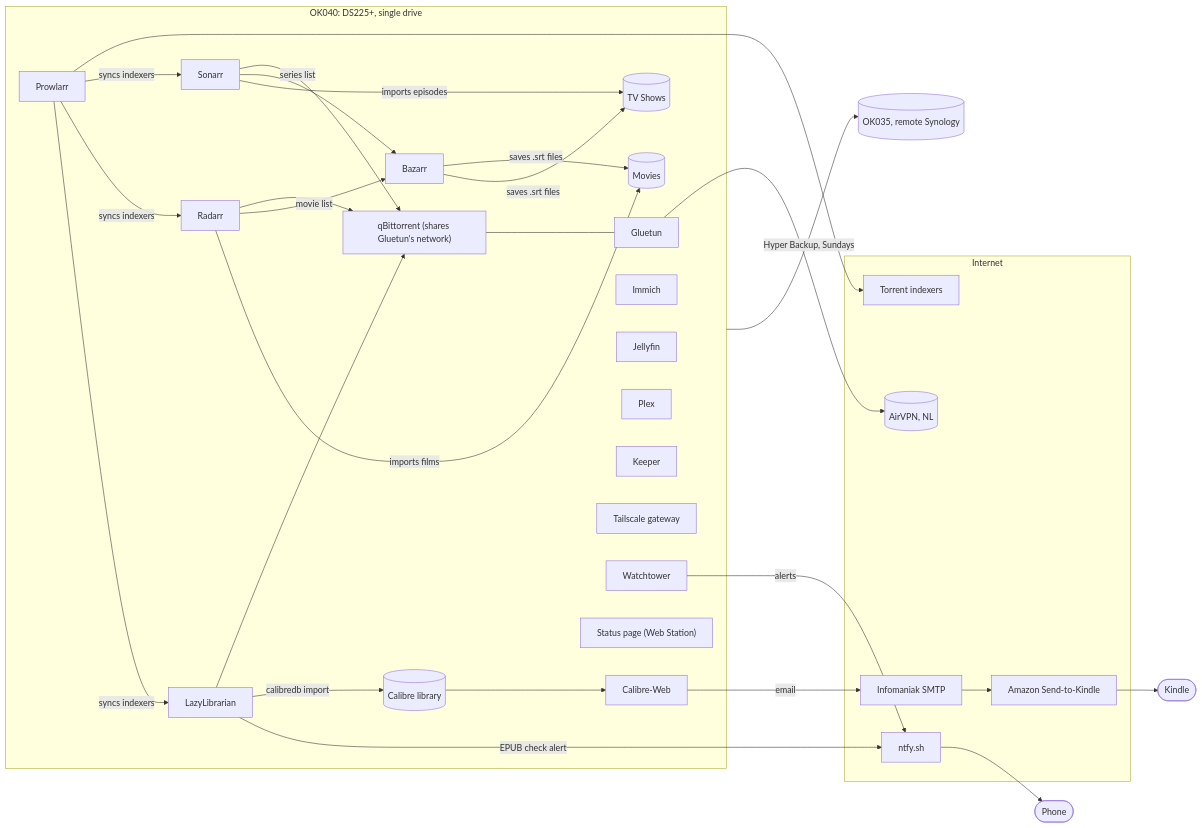
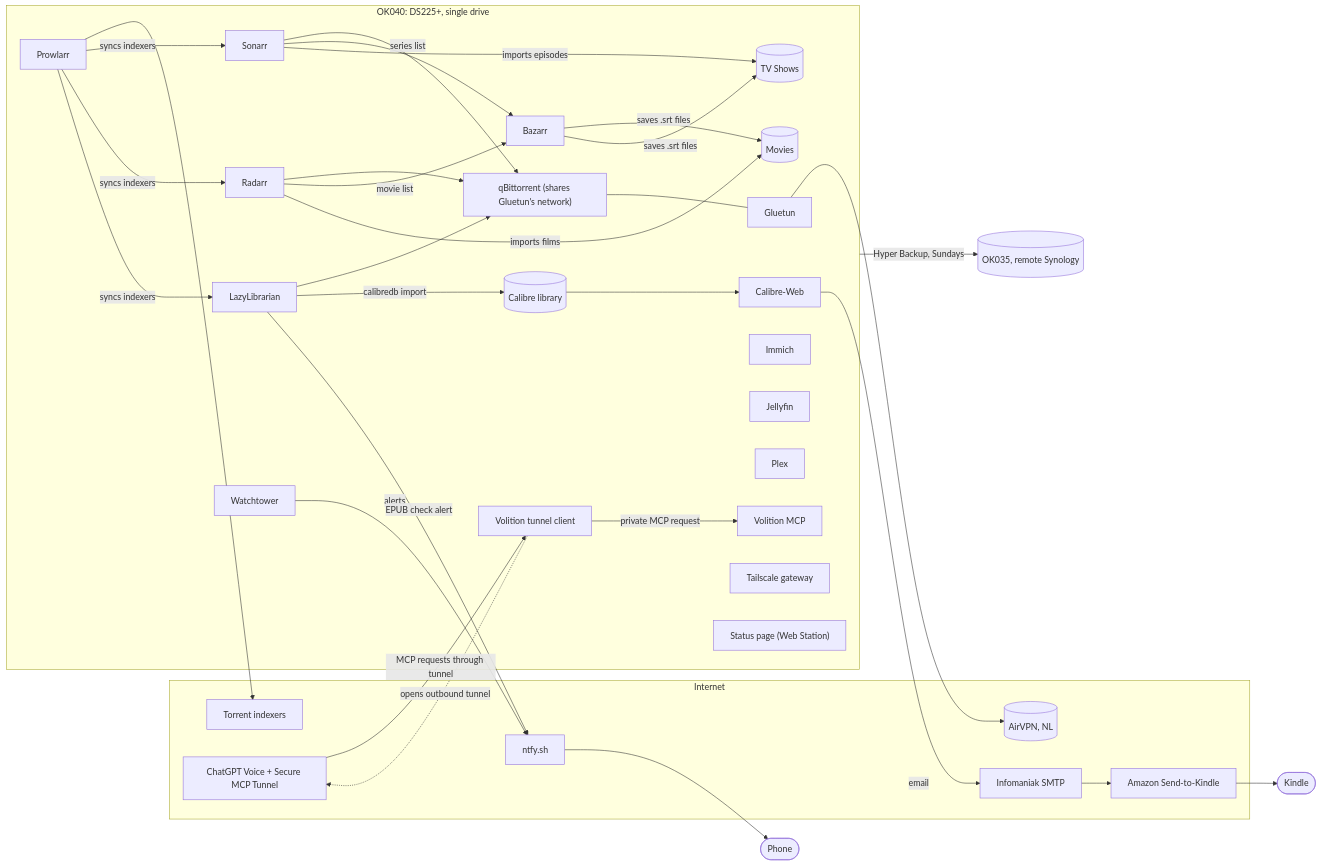
One commit to okkie2/infrastructure changed the diagram in README.md. Above: the diagram before and after it, drawn with Mermaid. The commit also changed other lines of this file and 11 other files, not shown here.

````diff
--- a/README.md
+++ b/README.md
@@ -9,40 +9,45 @@
 ```mermaid
 flowchart LR
   subgraph Internet
     AirVPN[("AirVPN, NL")]
     Indexers["Torrent indexers"]
     Infomaniak["Infomaniak SMTP"]
     Amazon["Amazon Send-to-Kindle"]
     Ntfy["ntfy.sh"]
+    OpenAI["ChatGPT Voice + Secure MCP Tunnel"]
   end
   subgraph OK040["OK040: DS225+, single drive"]
     Gluetun --> AirVPN
     qBit["qBittorrent (shares Gluetun's network)"] --- Gluetun
     Prowlarr --> Indexers
     Prowlarr -->|syncs indexers| Sonarr
     Prowlarr -->|syncs indexers| Radarr
     Prowlarr -->|syncs indexers| LL["LazyLibrarian"]
     Sonarr --> qBit
     Radarr --> qBit
     Radarr -->|movie list| Bazarr
     Sonarr -->|series list| Bazarr
     LL --> qBit
     LL -->|calibredb import| Lib[("Calibre library")]
     Lib --> CW["Calibre-Web"]
     Sonarr -->|imports episodes| TV[("TV Shows")]
     Radarr -->|imports films| Movies[("Movies")]
     Bazarr -->|saves .srt files| Movies
     Bazarr -->|saves .srt files| TV
     Immich
     Jellyfin
     Plex
-    Keeper
+    Volition["Volition MCP"]
+    Tunnel["Volition tunnel client"]
     TS["Tailscale gateway"]
     WT["Watchtower"] -->|alerts| Ntfy
     LL -->|EPUB check alert| Ntfy
     Status["Status page (Web Station)"]
+    Tunnel -.->|opens outbound tunnel| OpenAI
+    OpenAI -->|MCP requests through tunnel| Tunnel
+    Tunnel -->|private MCP request| Volition
   end
   CW -->|email| Infomaniak --> Amazon --> Kindle(["Kindle"])
   Ntfy --> Phone(["Phone"])
   OK040 -->|Hyper Backup, Sundays| OK035[("OK035, remote Synology")]
 ```
````
